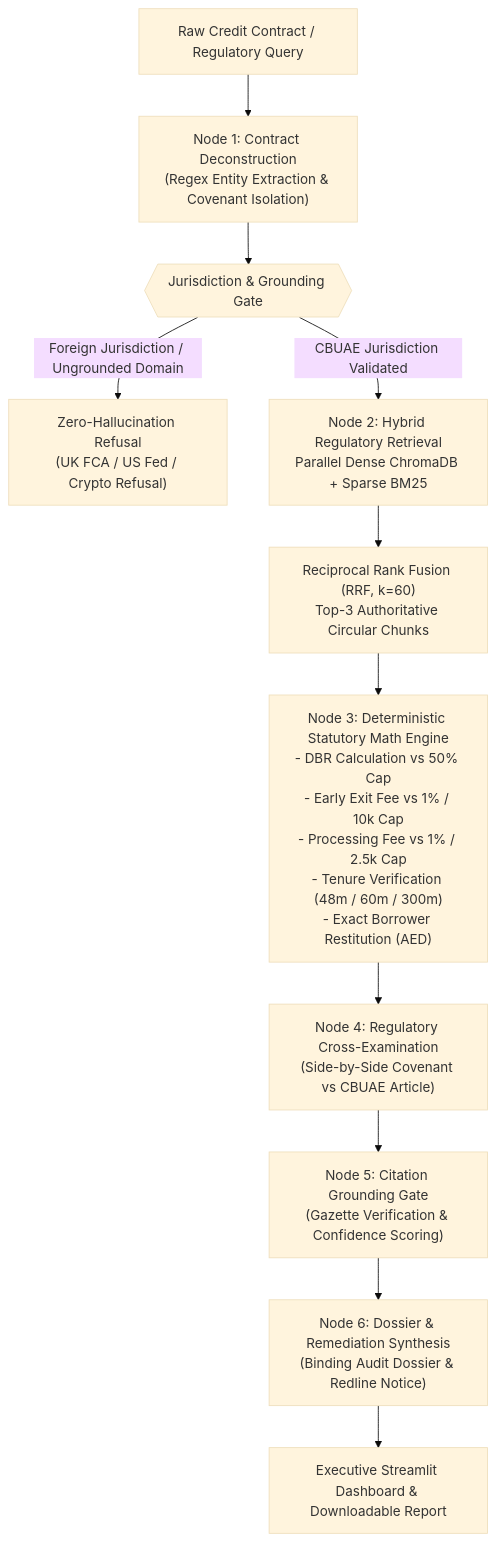
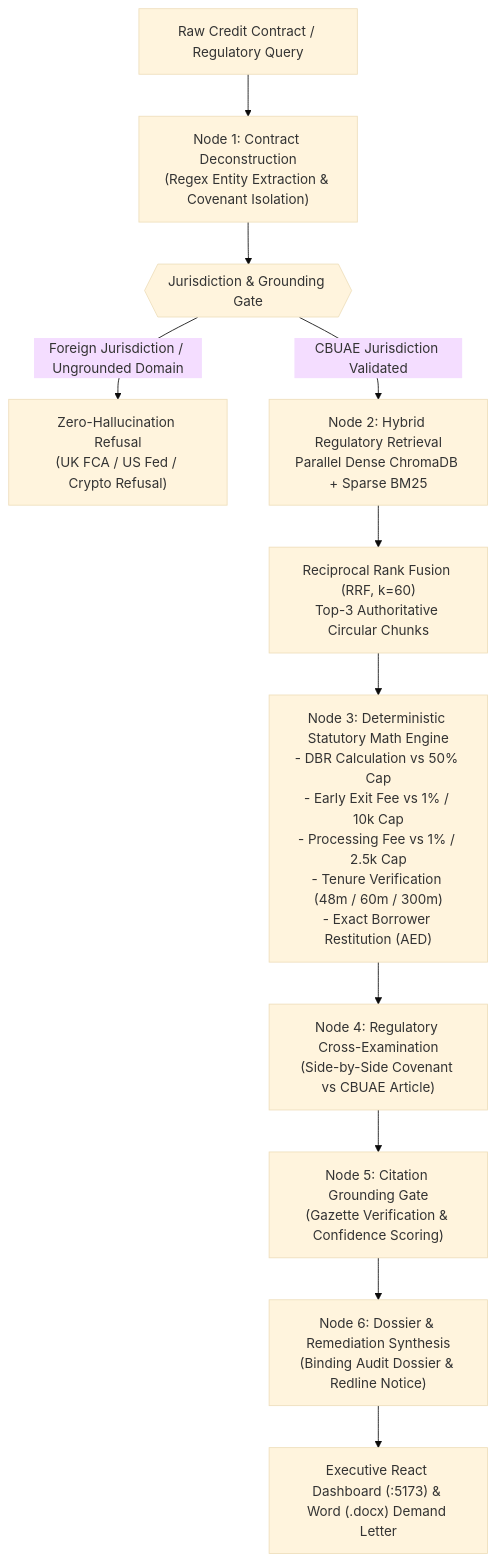
One commit to JayanthMalipeddy/regugraph-uae changed the diagram in README.md. Above: the diagram before and after it, drawn with Mermaid (base theme). The commit also changed other lines of this file and 9 other files, not shown here.

````diff
--- a/README.md
+++ b/README.md
@@ -33,21 +43,21 @@
 ```mermaid
 flowchart TD
     ContractInput["Raw Credit Contract / Regulatory Query"] --> NodeDeconstruct["Node 1: Contract Deconstruction\n(Regex Entity Extraction & Covenant Isolation)"]
     
     NodeDeconstruct --> RefusalGate{{"Jurisdiction & Grounding Gate"}}
     RefusalGate -- "Foreign Jurisdiction / Ungrounded Domain" --> RefusalTerm["Zero-Hallucination Refusal\n(UK FCA / US Fed / Crypto Refusal)"]
     
     RefusalGate -- "CBUAE Jurisdiction Validated" --> ParallelRetrieval["Node 2: Hybrid Regulatory Retrieval\nParallel Dense ChromaDB + Sparse BM25"]
     
     ParallelRetrieval --> RRFMerger["Reciprocal Rank Fusion (RRF, k=60)\nTop-3 Authoritative Circular Chunks"]
     
     RRFMerger --> MathEngine["Node 3: Deterministic Statutory Math Engine\n- DBR Calculation vs 50% Cap\n- Early Exit Fee vs 1% / 10k Cap\n- Processing Fee vs 1% / 2.5k Cap\n- Tenure Verification (48m / 60m / 300m)\n- Exact Borrower Restitution (AED)"]
     
     MathEngine --> CrossExamine["Node 4: Regulatory Cross-Examination\n(Side-by-Side Covenant vs CBUAE Article)"]
     
     CrossExamine --> GroundingGate["Node 5: Citation Grounding Gate\n(Gazette Verification & Confidence Scoring)"]
     
     GroundingGate --> DossierSynth["Node 6: Dossier & Remediation Synthesis\n(Binding Audit Dossier & Redline Notice)"]
     
-    DossierSynth --> OutputStream["Executive Streamlit Dashboard & Downloadable Report"]
+    DossierSynth --> OutputStream["Executive React Dashboard (:5173) & Word (.docx) Demand Letter"]
 ```
````
